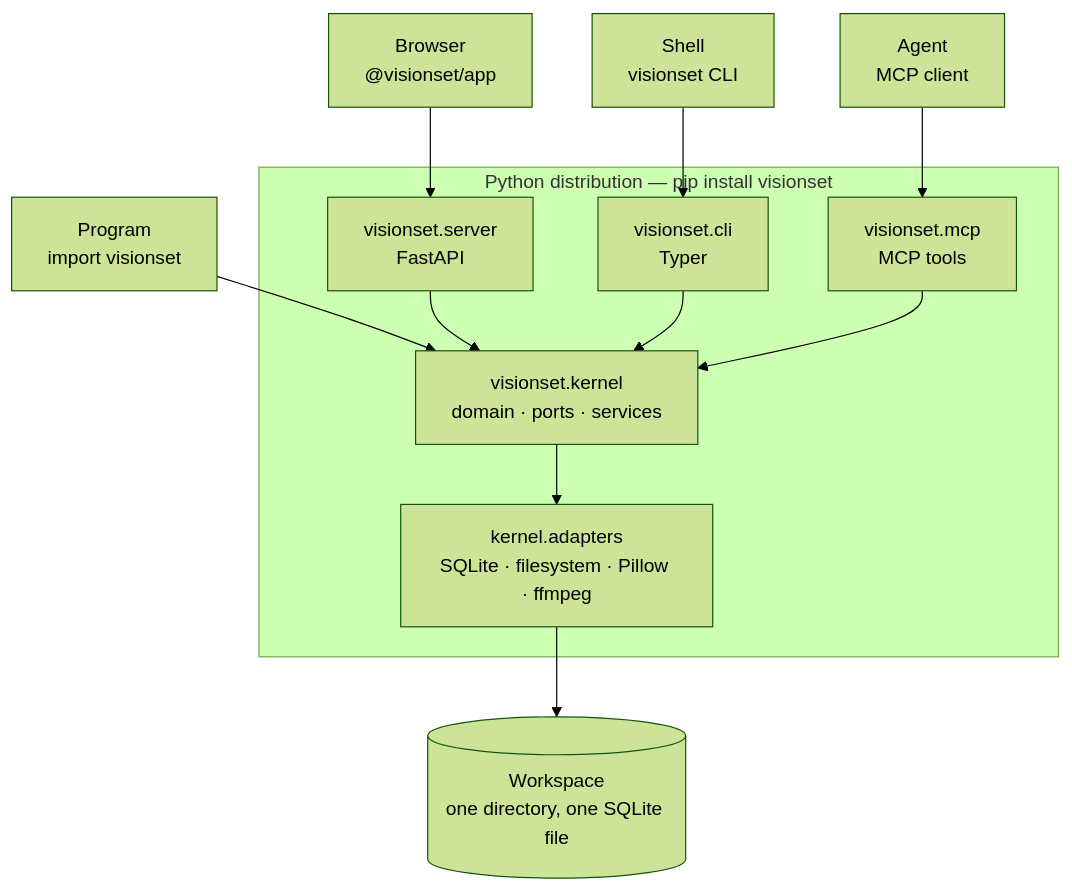
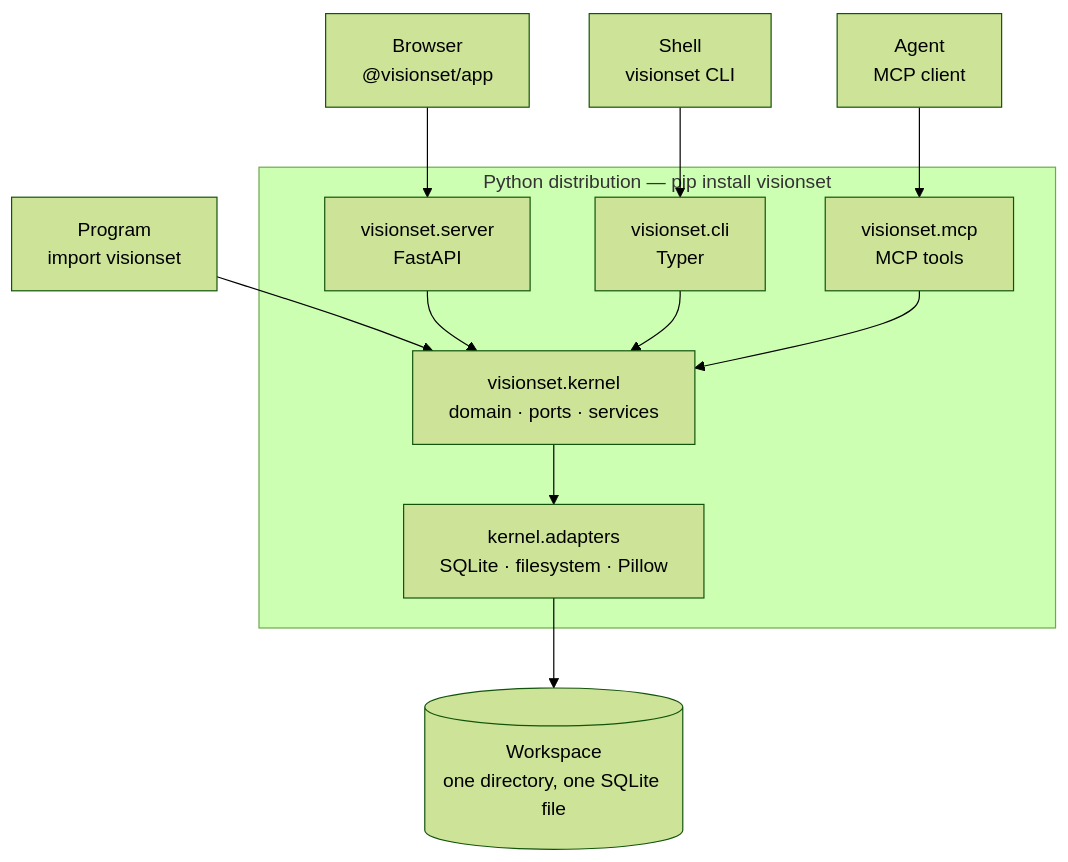
Before and after one commit to Robomous/VisionSet: the diagram in docs/content/architecture/README.md, drawn with Mermaid (forest theme). The commit also changed other lines of this file and 177 other files, not shown here.

````diff
--- a/docs/content/architecture/README.md
+++ b/docs/content/architecture/README.md
@@ -15,27 +15,27 @@
 ```mermaid
 flowchart TB
     Browser["Browser\n@visionset/app"]
     Agent["Agent\nMCP client"]
     Shell["Shell\nvisionset CLI"]
     Program["Program\nimport visionset"]
 
     subgraph Distribution["Python distribution — pip install visionset"]
         Server["visionset.server\nFastAPI"]
         Cli["visionset.cli\nTyper"]
         Mcp["visionset.mcp\nMCP tools"]
         Kernel["visionset.kernel\ndomain · ports · services"]
-        Adapters["kernel.adapters\nSQLite · filesystem · Pillow · ffmpeg"]
+        Adapters["kernel.adapters\nSQLite · filesystem · Pillow"]
     end
 
     Store[("Workspace\none directory, one SQLite file")]
 
     Browser --> Server
     Agent --> Mcp
     Shell --> Cli
     Program --> Kernel
     Server --> Kernel
     Cli --> Kernel
     Mcp --> Kernel
     Kernel --> Adapters
     Adapters --> Store
 ```
````
